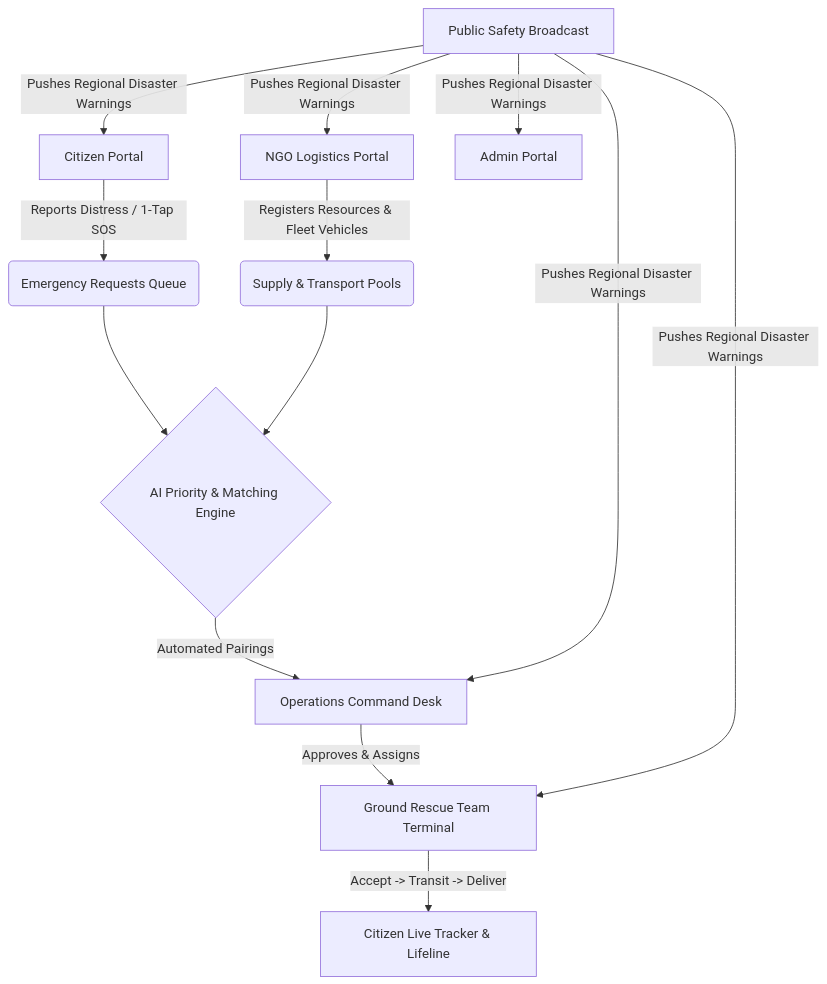
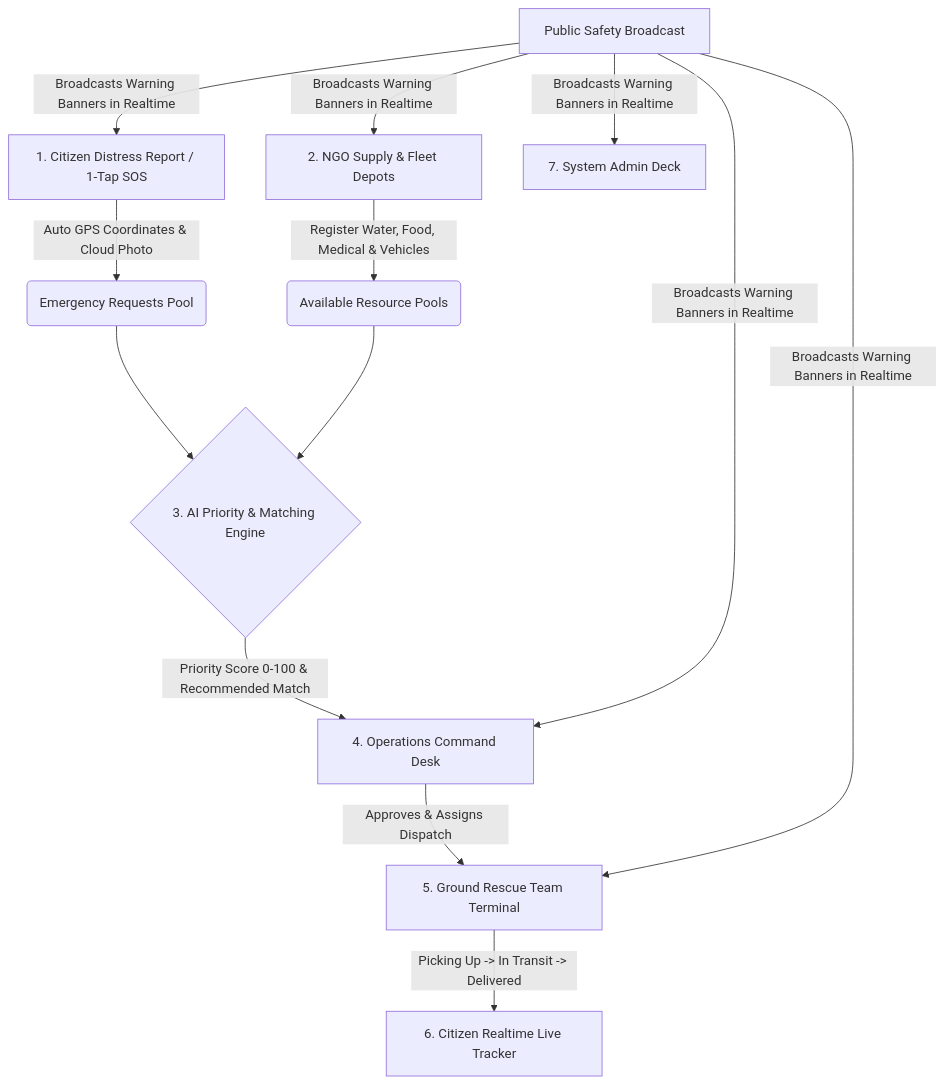
The diagram in README.md (Mir-Sarfaraz-Ahmed/CivicResQ), drawn with Mermaid before and after one commit. The commit also changed other lines of this file, not shown here.

Commit message:
docs: update README with comprehensive disaster workflow, live production links, landing page, and demo credentials

````diff
--- a/README.md
+++ b/README.md
@@ -49,11 +18,11 @@
 ```mermaid
 graph TD
-    A[Citizen Portal] -->|Reports Distress / 1-Tap SOS| B(Emergency Requests Queue)
-    C[NGO Logistics Portal] -->|Registers Resources & Fleet Vehicles| D(Supply & Transport Pools)
-    B --> E{AI Priority & Matching Engine}
+    A[1. Citizen Distress Report / 1-Tap SOS] -->|Auto GPS Coordinates & Cloud Photo| B(Emergency Requests Pool)
+    C[2. NGO Supply & Fleet Depots] -->|Register Water, Food, Medical & Vehicles| D(Available Resource Pools)
+    B --> E{3. AI Priority & Matching Engine}
     D --> E
-    E -->|Automated Pairings| F[Operations Command Desk]
-    F -->|Approves & Assigns| G[Ground Rescue Team Terminal]
-    G -->|Accept -> Transit -> Deliver| H[Citizen Live Tracker & Lifeline]
-    I[Public Safety Broadcast] -->|Pushes Regional Disaster Warnings| A & C & G & F & J[Admin Portal]
+    E -->|Priority Score 0-100 & Recommended Match| F[4. Operations Command Desk]
+    F -->|Approves & Assigns Dispatch| G[5. Ground Rescue Team Terminal]
+    G -->|Picking Up -> In Transit -> Delivered| H[6. Citizen Realtime Live Tracker]
+    I[Public Safety Broadcast] -->|Broadcasts Warning Banners in Realtime| A & C & G & F & J[7. System Admin Deck]
 ```
````
